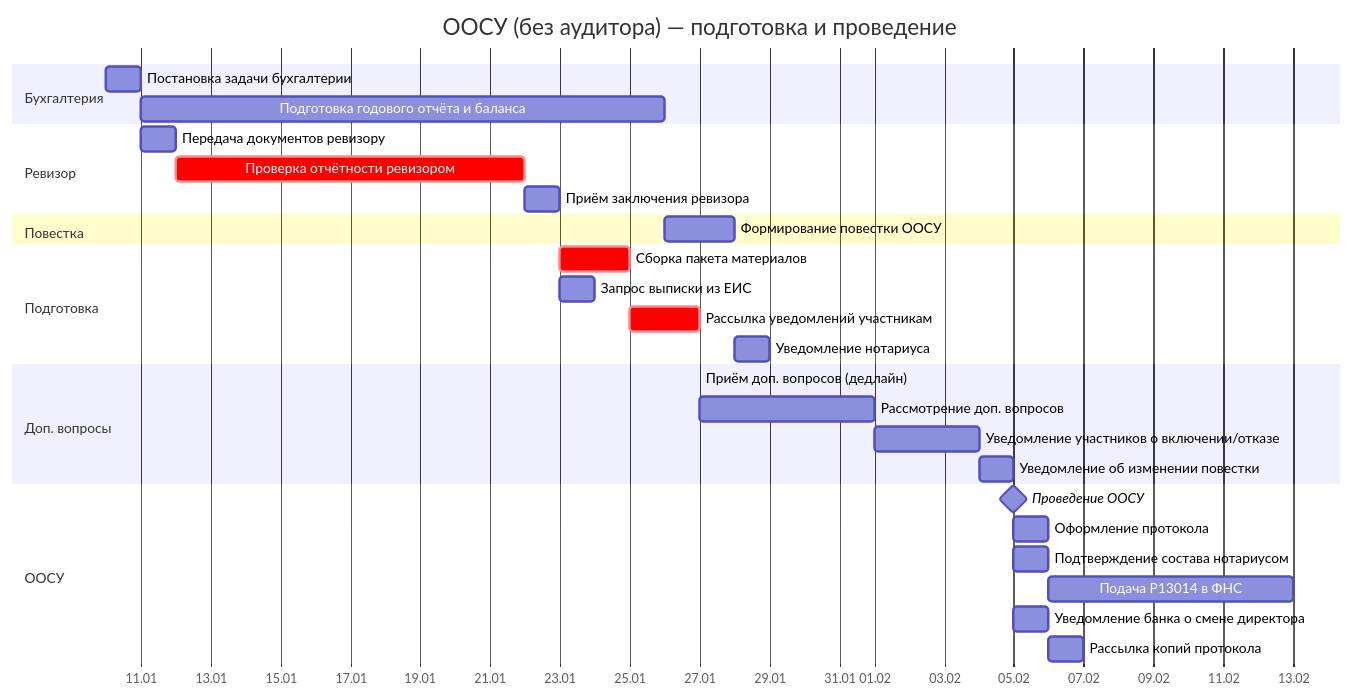
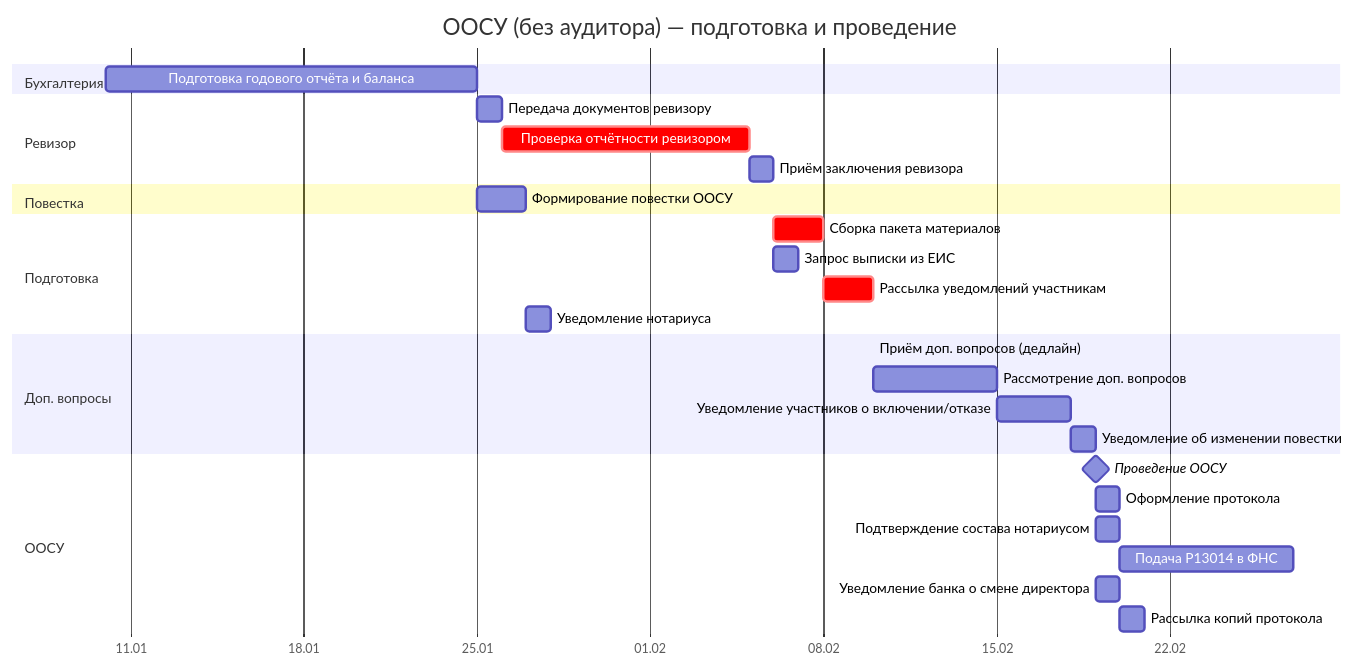
The diagram in docs/gantt/oosu-gantt-b.md (arsenyuk/SamorodinkaTech.Fiducia), drawn with Mermaid before and after one commit. The commit also changed other lines of this file and 4 other files, not shown here.

````diff
--- a/docs/gantt/oosu-gantt-b.md
+++ b/docs/gantt/oosu-gantt-b.md
@@ -71,38 +68,37 @@
 ```mermaid
 gantt
     title ООСУ (без аудитора) — подготовка и проведение
     dateFormat  YYYY-MM-DD
     axisFormat  %d.%m
 
     section Бухгалтерия
-    Постановка задачи бухгалтерии           :b1, 2026-01-10, 1d
-    Подготовка годового отчёта и баланса    :b2, after b1, 15d
+    Подготовка годового отчёта и баланса    :b2, 2026-01-10, 15d
 
     section Ревизор
-    Передача документов ревизору            :r1, after b1, 1d
+    Передача документов ревизору            :r1, after b2, 1d
     Проверка отчётности ревизором          :crit, r2, after r1, 10d
     Приём заключения ревизора              :r3, after r2, 1d
 
     section Повестка
     Формирование повестки ООСУ             :p1, after b2, 2d
 
     section Подготовка
     Сборка пакета материалов                :crit, p2, after r3, 2d
     Запрос выписки из ЕИС                  :n1, after r3, 1d
     Рассылка уведомлений участникам        :crit, p3, after p2, 2d
     Уведомление нотариуса                  :p4, after p1, 1d
 
     section Доп. вопросы
     Приём доп. вопросов (дедлайн)           :d1, after p3, 0d
     Рассмотрение доп. вопросов              :d2, after d1, 5d
     Уведомление участников о включении/отказе :d4, after d2, 3d
     Уведомление об изменении повестки       :d3, after d4, 1d
 
     section ООСУ
     Проведение ООСУ                         :milestone, os1, after d3, 0d
     Оформление протокола                    :os2, after os1, 1d
     Подтверждение состава нотариусом        :n2, after os1, 1d
     Подача Р13014 в ФНС                     :os3, after os2, 7d
     Уведомление банка о смене директора     :os4, after os1, 1d
     Рассылка копий протокола                :os5, after os2 n2, 1d
 ```
````
